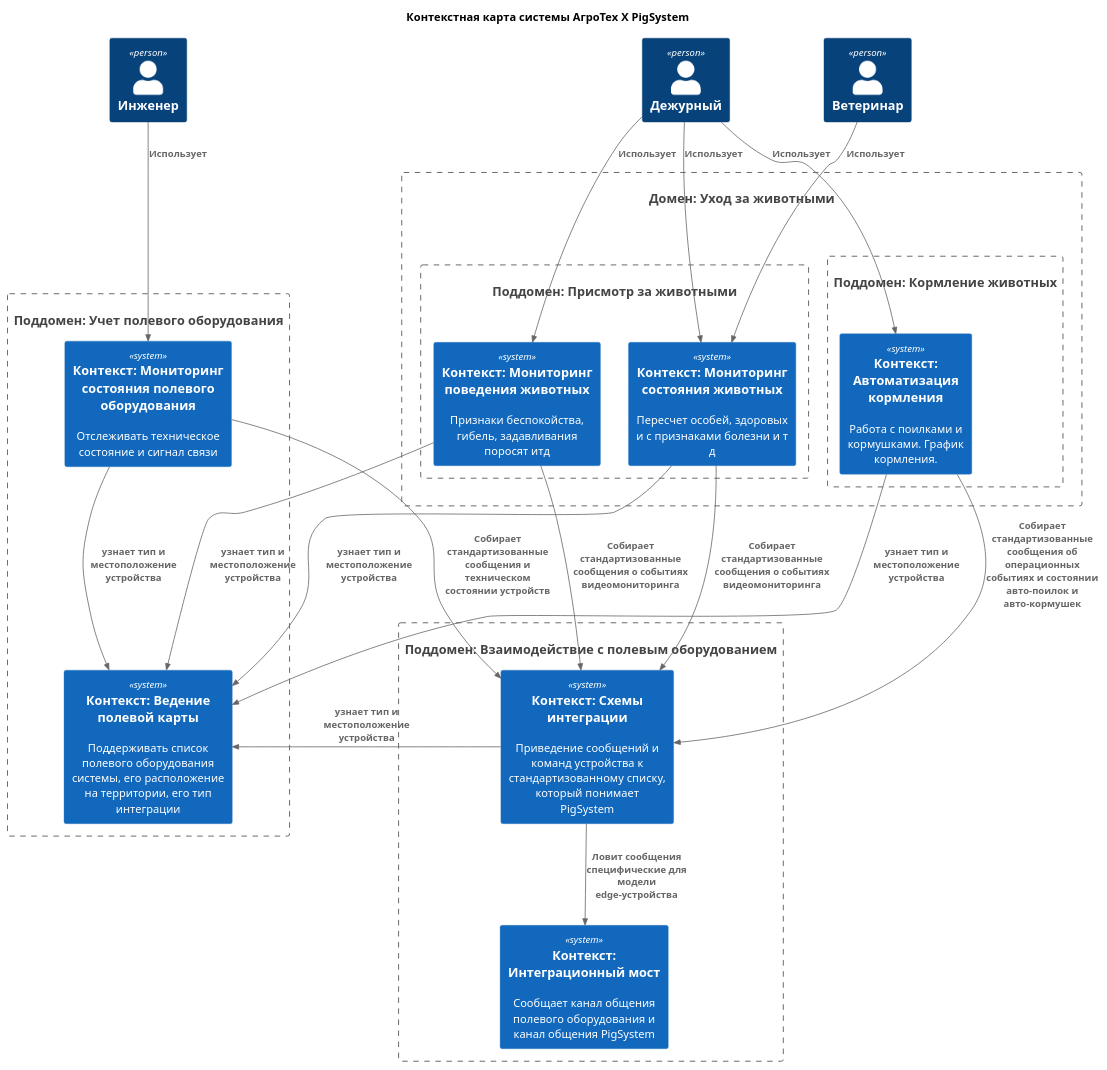
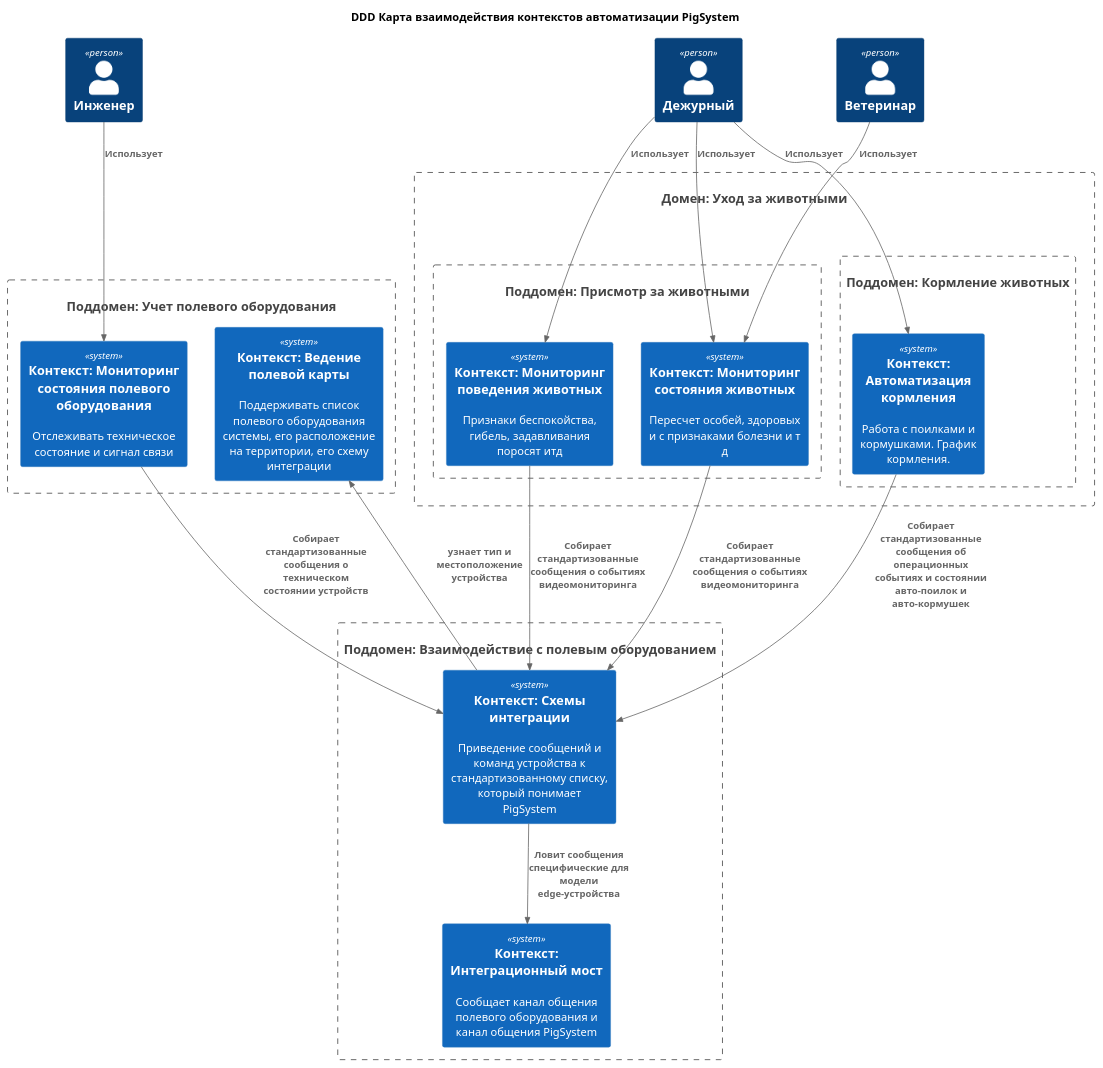
The diagram in Task2/DDD-main-Context map-Automatization.puml (ane-ta/ms-agrotech), drawn with PlantUML before and after one commit. The commit also changed 1 other file, not shown here.

Commit message:
docs: C2Main DDD context maps cleaned

```diff
--- a/Task2/DDD-main-Context map-Automatization.puml
+++ b/Task2/DDD-main-Context map-Automatization.puml
@@ -1,60 +1,61 @@
 @startuml
-title Контекстная карта системы АгроТех Х PigSystem
+title DDD Карта взаимодействия контекстов автоматизации PigSystem
 
 !includeurl https://raw.githubusercontent.com/RicardoNiepel/C4-PlantUML/master/C4_Component.puml
 
     Person(userEngineer, "Инженер")
     Person(userOnDuty, "Дежурный")
     Person(userVet, "Ветеринар")
 
        
         System(dEquipmentKnowledge, "Поддомен: Учет полевого оборудования", "")
         System_Boundary(dEquipmentKnowledge, ""){                
-            System( sysEquipmentList, "Контекст: Ведение полевой карты", "Поддерживать список полевого оборудования системы, его расположение на территории, его тип интеграции")    
+            System( sysEquipmentList, "Контекст: Ведение полевой карты", "Поддерживать список полевого оборудования системы, его расположение на территории, его схему интеграции")    
             System( sysEquipmentState, "Контекст: Мониторинг состояния полевого оборудования", "Отслеживать техническое состояние и сигнал связи")    
         }
 
         System(dEquipmentIntegration, "Поддомен: Взаимодействие с полевым оборудованием", "")
         System_Boundary(dEquipmentIntegration, ""){                
             
             System( sysEdgeData, "Контекст: Схемы интеграции", "Приведение сообщений и команд устройства к стандартизованному списку, который понимает PigSystem")    
             
             System( sysEdgeGateway, "Контекст: Интеграционный мост", "Сообщает канал общения полевого оборудования и канал общения PigSystem")    
         }        
 
     System(dPigs, "Домен: Уход за животными", " ")
     System_Boundary(dPigs, ""){ 
 
         System(dPigState, "Поддомен: Присмотр за животными", " ")
         System_Boundary(dPigState, ""){ 
             System( sysPigsBehaviour, "Контекст: Мониторинг поведения животных", "Признаки беспокойства, гибель, задавливания поросят итд")    
             System( sysPigsState, "Контекст: Мониторинг состояния животных", "Пересчет особей, здоровых и с признаками болезни и т д")
         }
 
         System(dPigFeeding, "Поддомен: Кормление животных", " ")
         System_Boundary(dPigFeeding, ""){ 
             System( sysFeedingEquipment, "Контекст: Автоматизация кормления", "Работа с поилками и кормушками. График кормления.")    
         
         }
     }
 
     Rel(sysEdgeData, sysEdgeGateway,"Ловит сообщения специфические для модели edge-устройства")
-    Rel(sysEquipmentState, sysEdgeData,"Собирает стандартизованные сообщения и техническом состоянии устройств")
+    Rel(sysEquipmentState, sysEdgeData,"Собирает стандартизованные сообщения о техническом состоянии устройств")
     Rel(sysPigsBehaviour, sysEdgeData,"Собирает стандартизованные сообщения о событиях видеомониторинга")
     Rel(sysPigsState, sysEdgeData,"Собирает стандартизованные сообщения о событиях видеомониторинга")
     Rel(sysFeedingEquipment, sysEdgeData,"Собирает стандартизованные сообщения об операционных событиях и состоянии авто-поилок и авто-кормушек")
 
     Rel(userOnDuty, sysFeedingEquipment, "Использует")
     Rel(userOnDuty, sysPigsBehaviour, "Использует")
     Rel(userOnDuty, sysPigsState, "Использует")
     Rel(userEngineer, sysEquipmentState, "Использует")
     Rel(userVet, sysPigsState, "Использует")
 
-    Rel(sysEquipmentState,sysEquipmentList,"узнает тип и местоположение устройства")
     Rel(sysEdgeData,sysEquipmentList,"узнает тип и местоположение устройства")
-    Rel(sysPigsBehaviour,sysEquipmentList,"узнает тип и местоположение устройства")
-    Rel(sysPigsState,sysEquipmentList,"узнает тип и местоположение устройства")
-    Rel(sysFeedingEquipment,sysEquipmentList,"узнает тип и местоположение устройства")
+
+'    Rel(sysEquipmentState,sysEquipmentList,"узнает тип и местоположение устройства")
+'    Rel(sysPigsBehaviour,sysEquipmentList,"узнает тип и местоположение устройства")
+'    Rel(sysPigsState,sysEquipmentList,"узнает тип и местоположение устройства")
+'    Rel(sysFeedingEquipment,sysEquipmentList,"узнает тип и местоположение устройства")
 
 
 @enduml
```
